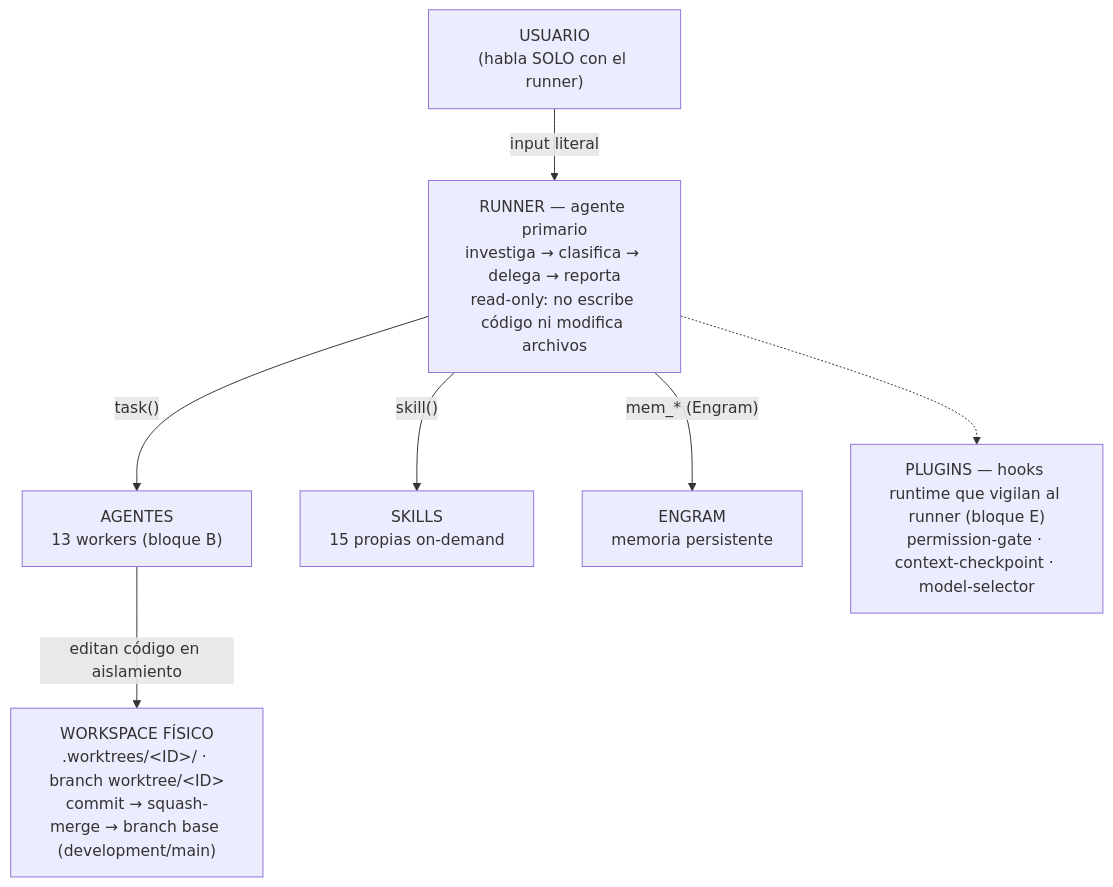
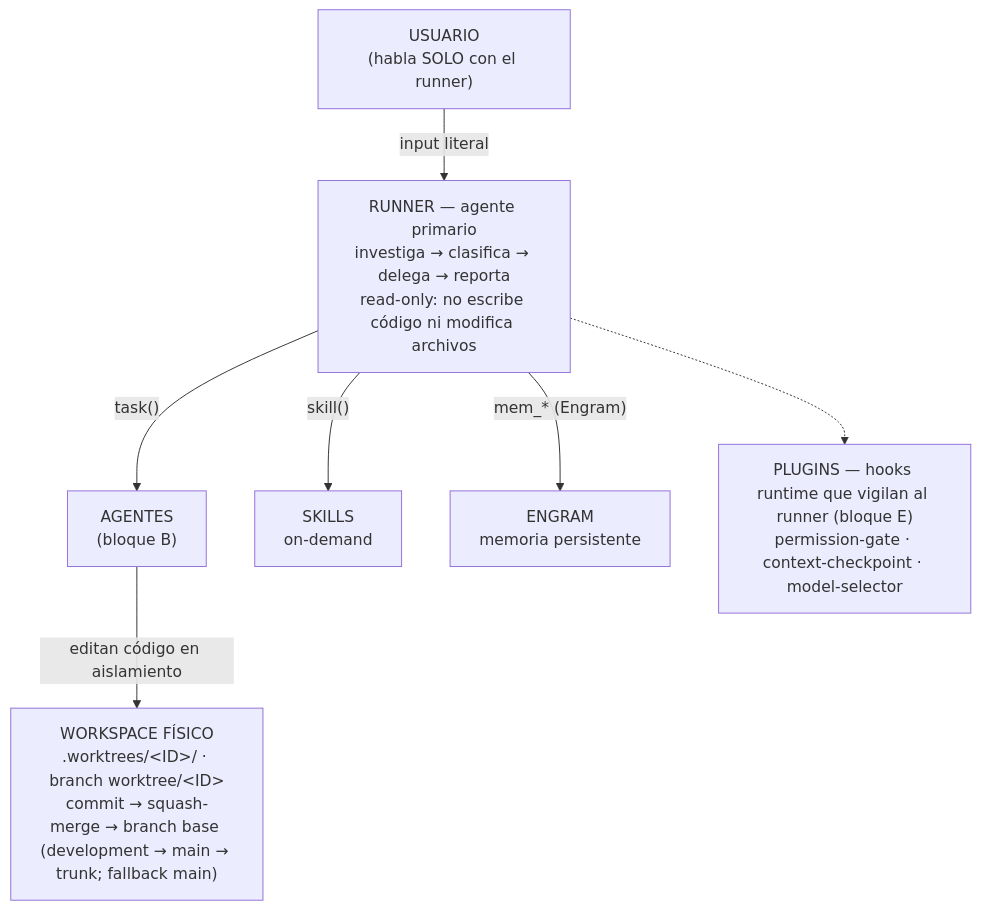
Before and after one commit to Saez520/flowtask: the diagram in docs/core-flowtask.md, drawn with Mermaid. The commit also changed other lines of this file and 24 other files, not shown here.

Commit message:
squash merge worktree/hotfix/HF-documentacion-repositorio into main

````diff
--- a/docs/core-flowtask.md
+++ b/docs/core-flowtask.md
@@ -77,16 +76,16 @@
 ```mermaid
 flowchart TB
     U["USUARIO<br/>(habla SOLO con el runner)"]
     R["RUNNER — agente primario<br/>investiga → clasifica → delega → reporta<br/>read-only: no escribe código ni modifica archivos"]
 
     U -- "input literal" --> R
 
-    R -- "task()" --> A["AGENTES<br/>13 workers (bloque B)"]
-    R -- "skill()" --> S["SKILLS<br/>15 propias on-demand"]
+    R -- "task()" --> A["AGENTES<br/>(bloque B)"]
+    R -- "skill()" --> S["SKILLS<br/>on-demand"]
     R -- "mem_* (Engram)" --> E["ENGRAM<br/>memoria persistente"]
 
-    A -- "editan código en aislamiento" --> W["WORKSPACE FÍSICO<br/>.worktrees/&lt;ID&gt;/ · branch worktree/&lt;ID&gt;<br/>commit → squash-merge → branch base (development/main)"]
+    A -- "editan código en aislamiento" --> W["WORKSPACE FÍSICO<br/>.worktrees/&lt;ID&gt;/ · branch worktree/&lt;ID&gt;<br/>commit → squash-merge → branch base (development → main → trunk; fallback main)"]
 
     P["PLUGINS — hooks runtime que vigilan al runner (bloque E)<br/>permission-gate · context-checkpoint · model-selector"]
     R -.-> P
 ```
````
